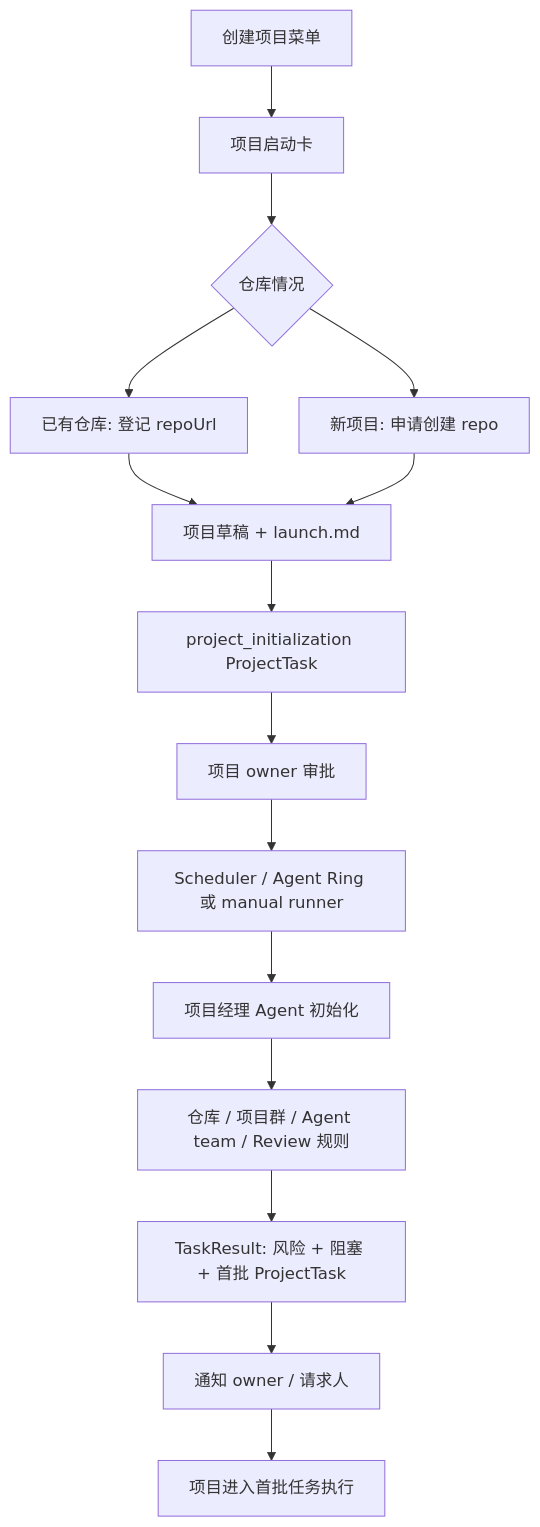
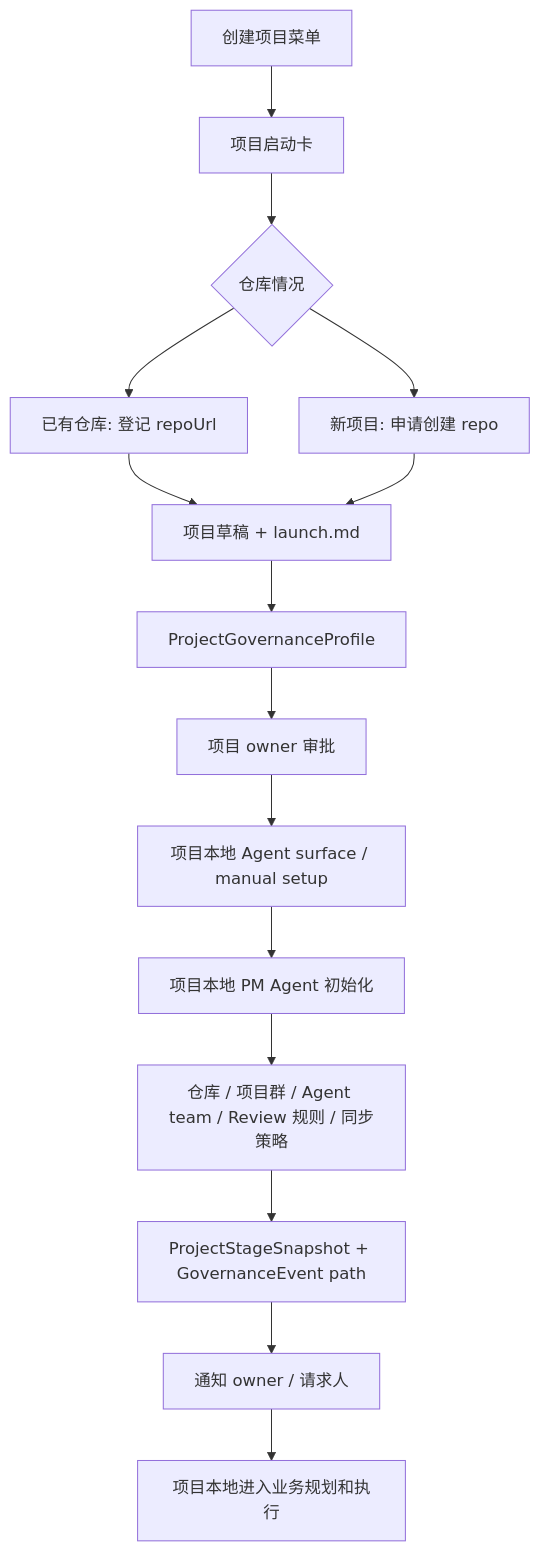
One commit to meimei7959/company_knowledge_core changed the diagram in docs/agent-team/agent-hub-product-workflows.md. Above: the diagram before and after it, drawn with Mermaid. The commit also changed other lines of this file and 3 other files, not shown here.

````diff
--- a/docs/agent-team/agent-hub-product-workflows.md
+++ b/docs/agent-team/agent-hub-product-workflows.md
@@ -80,17 +90,17 @@
 ```mermaid
 flowchart TB
     A["创建项目菜单"] --> B["项目启动卡"]
     B --> C{"仓库情况"}
     C --> D["已有仓库: 登记 repoUrl"]
     C --> E["新项目: 申请创建 repo"]
     D --> F["项目草稿 + launch.md"]
     E --> F
-    F --> G["project_initialization ProjectTask"]
+    F --> G["ProjectGovernanceProfile"]
     G --> H["项目 owner 审批"]
-    H --> I["Scheduler / Agent Ring 或 manual runner"]
-    I --> J["项目经理 Agent 初始化"]
-    J --> K["仓库 / 项目群 / Agent team / Review 规则"]
-    K --> L["TaskResult: 风险 + 阻塞 + 首批 ProjectTask"]
+    H --> I["项目本地 Agent surface / manual setup"]
+    I --> J["项目本地 PM Agent 初始化"]
+    J --> K["仓库 / 项目群 / Agent team / Review 规则 / 同步策略"]
+    K --> L["ProjectStageSnapshot + GovernanceEvent path"]
     L --> M["通知 owner / 请求人"]
-    M --> N["项目进入首批任务执行"]
+    M --> N["项目本地进入业务规划和执行"]
 ```
````
